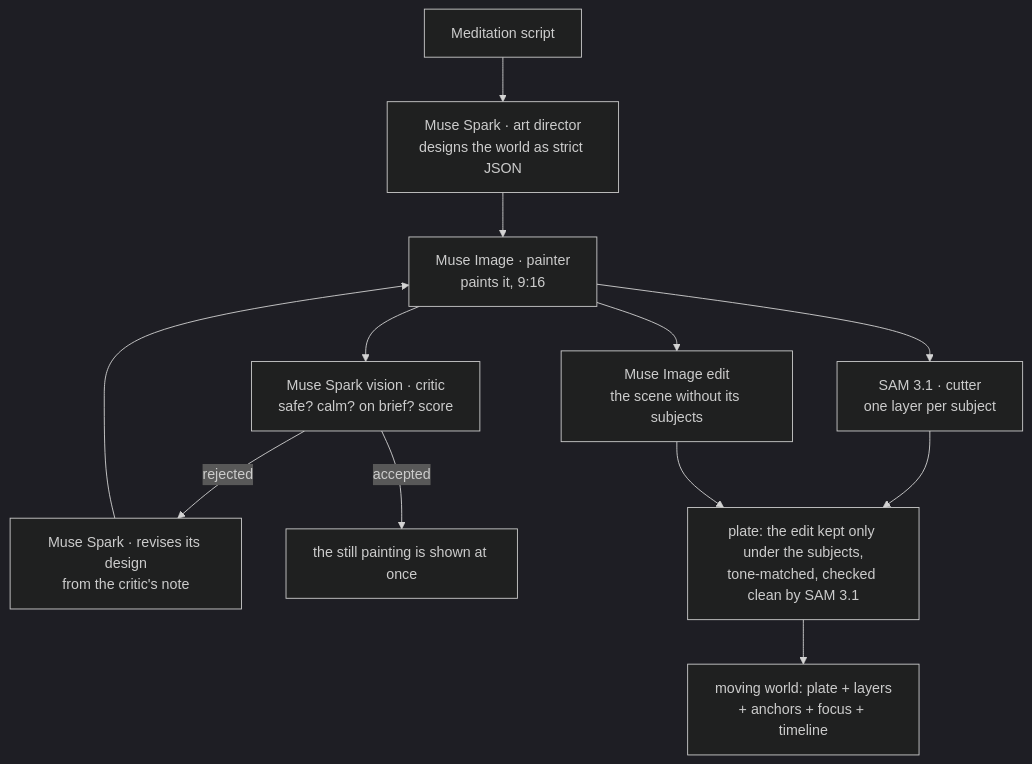
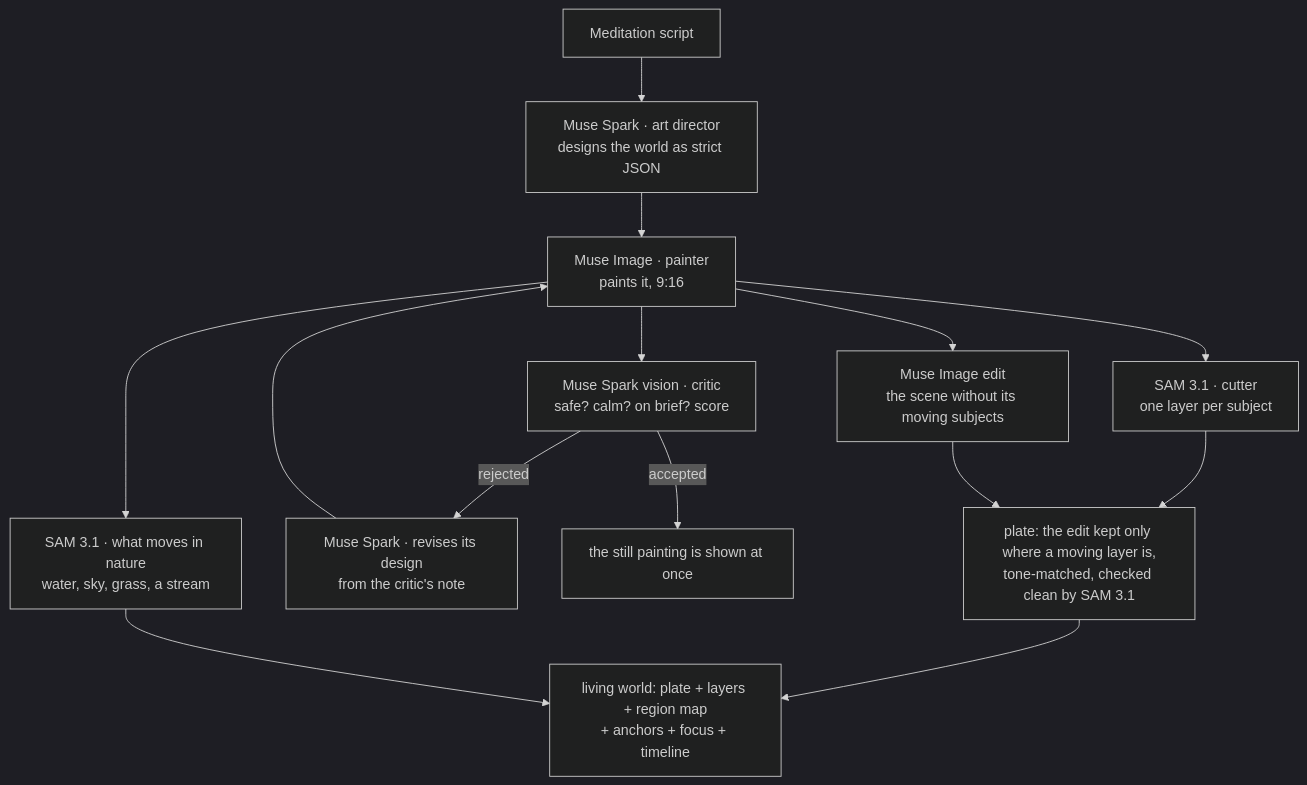
Before and after one commit to heynomads/elynd-worlds: the diagram in README.md, drawn with Mermaid (dark theme). The commit also changed other lines of this file, not shown here.

Commit message:
README: the living painting (what moves in nature, the shader, particles), the plate rule for still subjects, tonight's timings and cost; no camera drift any more

````diff
--- a/README.md
+++ b/README.md
@@ -20,13 +21,15 @@
 ```mermaid
 flowchart TD
     M[Meditation script] --> D[Muse Spark · art director<br/>designs the world as strict JSON]
     D --> P[Muse Image · painter<br/>paints it, 9:16]
     P --> C[Muse Spark vision · critic<br/>safe? calm? on brief? score]
     P --> S[SAM 3.1 · cutter<br/>one layer per subject]
-    P --> E[Muse Image edit<br/>the scene without its subjects]
+    P --> E[Muse Image edit<br/>the scene without its moving subjects]
+    P --> N[SAM 3.1 · what moves in nature<br/>water, sky, grass, a stream]
     C -- rejected --> R[Muse Spark · revises its design<br/>from the critic's note] --> P
     C -- accepted --> Show[the still painting is shown at once]
     S --> Plate
-    E --> Plate[plate: the edit kept only under the subjects,<br/>tone-matched, checked clean by SAM 3.1]
-    Plate --> World[moving world: plate + layers<br/>+ anchors + focus + timeline]
+    E --> Plate[plate: the edit kept only where a moving layer is,<br/>tone-matched, checked clean by SAM 3.1]
+    Plate --> World[living world: plate + layers + region map<br/>+ anchors + focus + timeline]
+    N --> World
 ```
````
